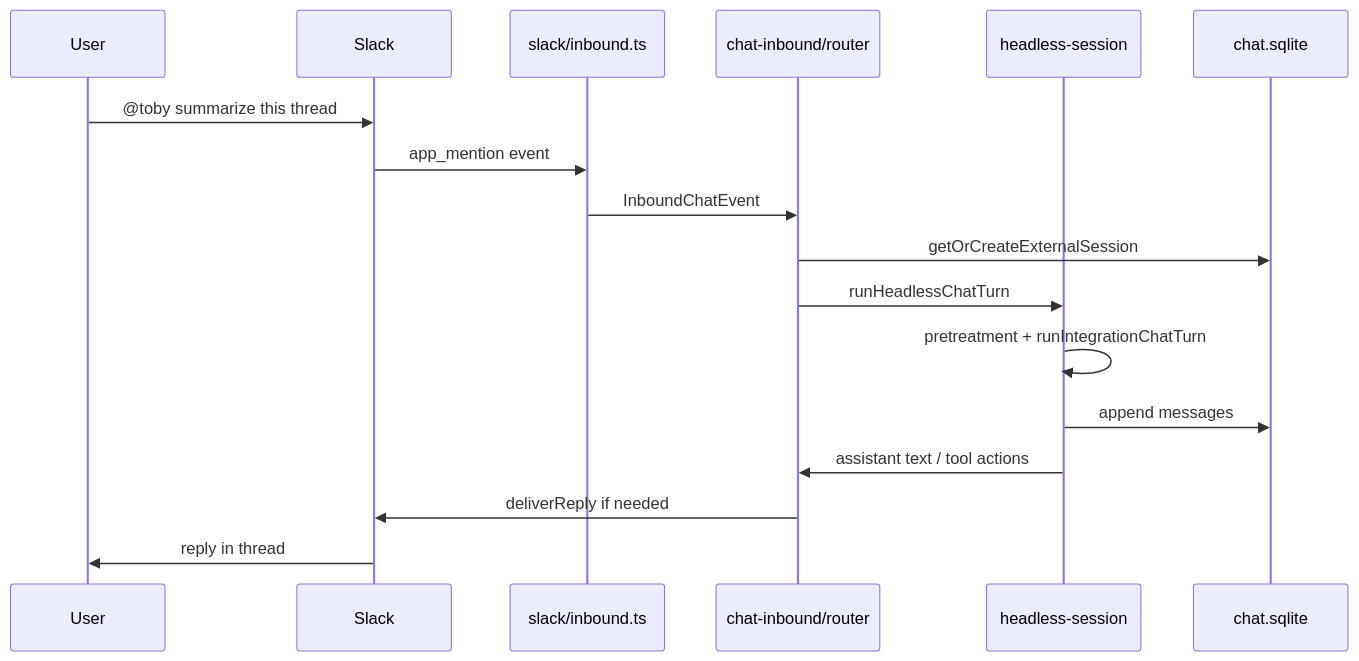
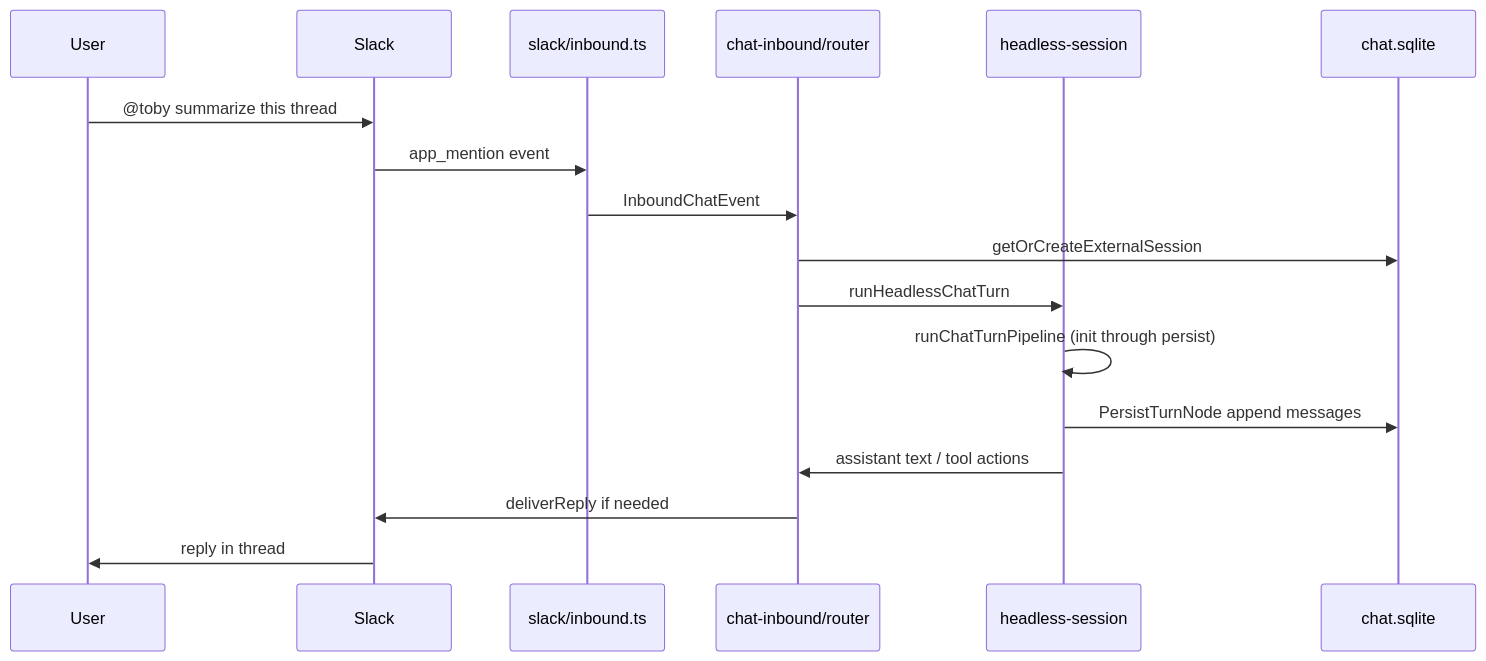
One commit to kshehadeh/toby changed the second of 2 diagrams in docs/daemon.md. Above: the diagram before and after it, drawn with Mermaid. The commit also changed other lines of this file and 8 other files, not shown here.

First line of the commit message:
docs(chat-pipeline): document node pipeline architecture

````diff
--- a/docs/daemon.md
+++ b/docs/daemon.md
@@ -90,20 +90,20 @@
 ```mermaid
 sequenceDiagram
   participant User
   participant Slack
   participant Listener as slack/inbound.ts
   participant Router as chat-inbound/router
   participant Runner as headless-session
   participant DB as chat.sqlite
 
   User->>Slack: @toby summarize this thread
   Slack->>Listener: app_mention event
   Listener->>Router: InboundChatEvent
   Router->>DB: getOrCreateExternalSession
   Router->>Runner: runHeadlessChatTurn
-  Runner->>Runner: pretreatment + runIntegrationChatTurn
-  Runner->>DB: append messages
+  Runner->>Runner: runChatTurnPipeline (init through persist)
+  Runner->>DB: PersistTurnNode append messages
   Runner->>Router: assistant text / tool actions
   Router->>Slack: deliverReply if needed
   Slack->>User: reply in thread
 ```
````
